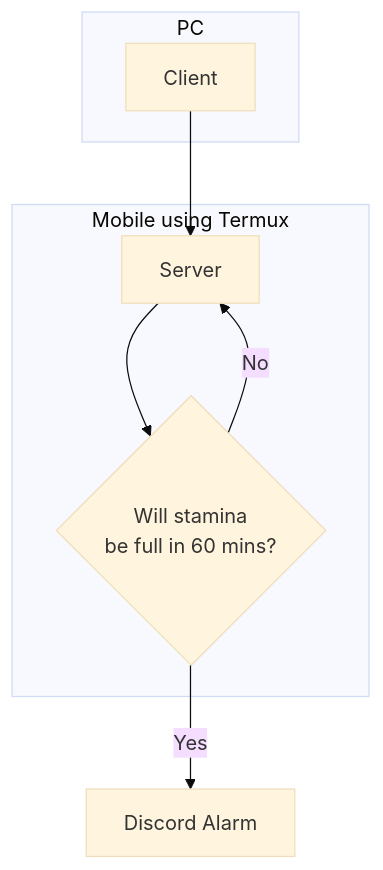
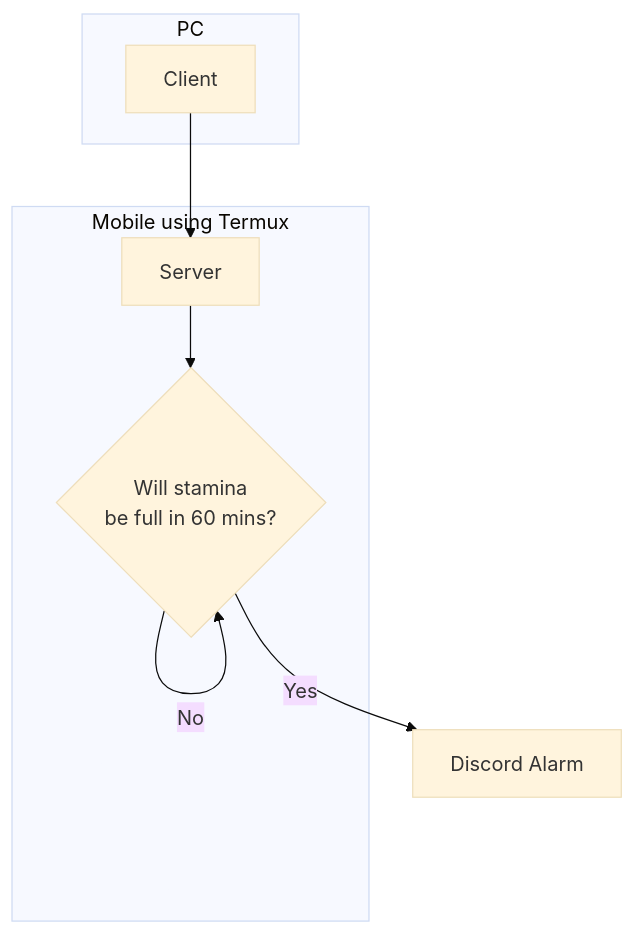
The diagram in README.md (201710808/Game-Stamina-Alarm), drawn with Mermaid (base theme) before and after one commit.

````diff
--- a/README.md
+++ b/README.md
@@ -5,12 +5,12 @@
 ```mermaid
 graph TB;
     subgraph PC;
     Client;
     end;
     subgraph Mobile using Termux;
     Client-->Server;
     Server-->Condition{"Will stamina\nbe full in 60 mins?"};
     end;
-    Condition-->|"No"|Server;
+    Condition-->|"No"|Condition;
     Condition-->|"Yes"|Alarm["Discord Alarm"];
 ```
````
